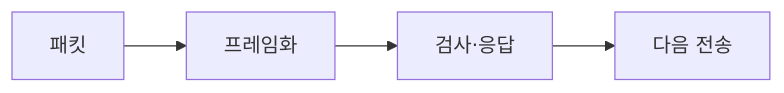
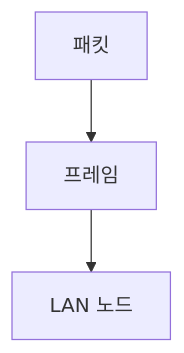
One commit to umyunsang/edu changed the diagram in ComputerScience/04_systems-infrastructure/computer-networks/notes/06. 데이터 링크 계층의 작업.md. Above: the diagram before and after it, drawn with Mermaid. The commit also changed other lines of this file and 14 other files, not shown here.

````diff
--- a/ComputerScience/04_systems-infrastructure/computer-networks/notes/06. 데이터 링크 계층의 작업.md
+++ b/ComputerScience/04_systems-infrastructure/computer-networks/notes/06. 데이터 링크 계층의 작업.md
@@ -16,6 +19,5 @@
 ```mermaid
-flowchart LR
-    A["패킷"] --> B["프레임화"]
-    B --> C["검사·응답"]
-    C --> D["다음 전송"]
+flowchart TB
+    A[패킷] --> B[프레임]
+    B --> C[LAN 노드]
 ```
````
